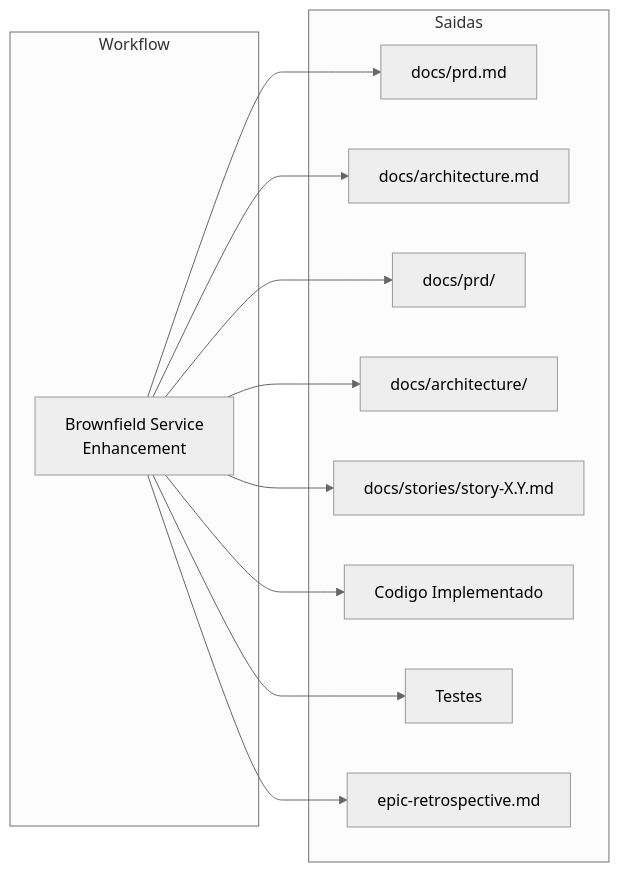
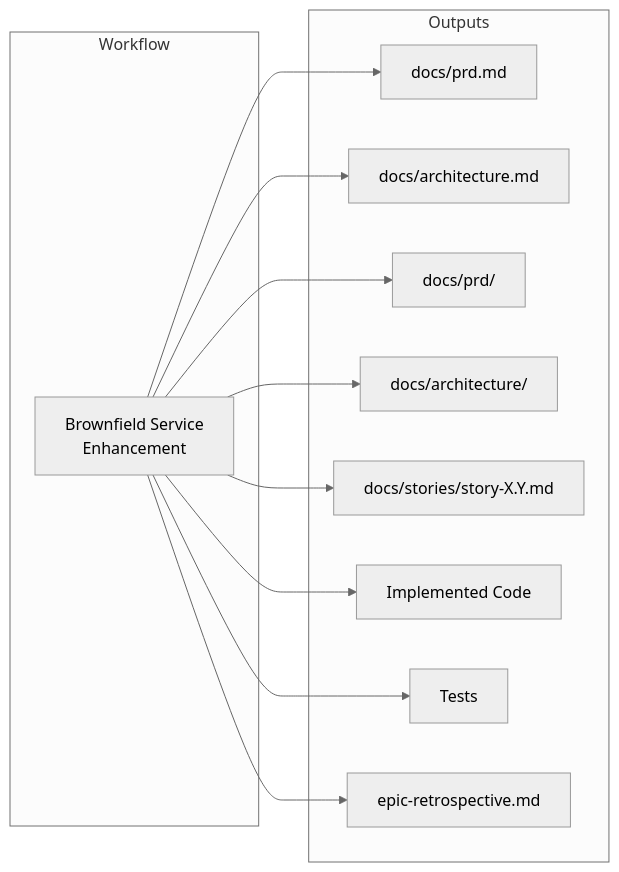
Before and after one commit to CyryxLabs/AEXOS: the fifth of 6 diagrams in docs/aexos-workflows/brownfield-service-workflow.md, drawn with Mermaid (neutral theme). The commit also changed other lines of this file and 528 other files, not shown here.

````diff
--- a/docs/aexos-workflows/brownfield-service-workflow.md
+++ b/docs/aexos-workflows/brownfield-service-workflow.md
@@ -549,26 +549,26 @@
 ```mermaid
 graph LR
     subgraph "Workflow"
         W[Brownfield Service<br/>Enhancement]
     end
 
-    subgraph "Saidas"
+    subgraph "Outputs"
         S1[docs/prd.md]
         S2[docs/architecture.md]
         S3[docs/prd/]
         S4[docs/architecture/]
         S5[docs/stories/story-X.Y.md]
-        S6[Codigo Implementado]
-        S7[Testes]
+        S6[Implemented Code]
+        S7[Tests]
         S8[epic-retrospective.md]
     end
 
     W --> S1
     W --> S2
     W --> S3
     W --> S4
     W --> S5
     W --> S6
     W --> S7
     W --> S8
 ```
````
